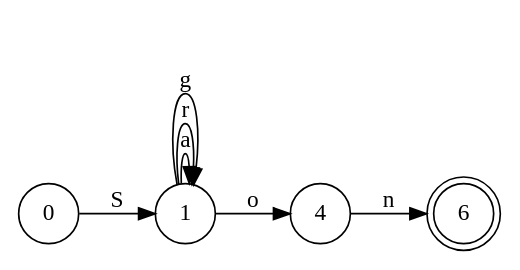
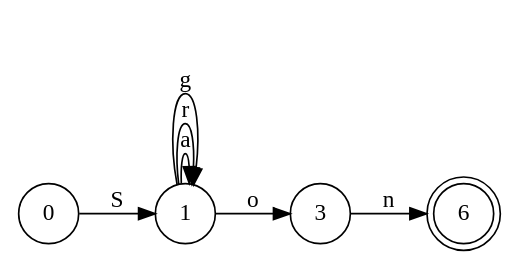
Before and after one commit to Yanis540/M2: the diagram in DAAR/Projects/egrep/results/dfa.dot, drawn with Graphviz. The commit also changed 6 other files, not shown here.

```diff
--- a/DAAR/Projects/egrep/results/dfa.dot
+++ b/DAAR/Projects/egrep/results/dfa.dot
@@ -1,11 +1,11 @@
 digraph DFA {
   rankdir=LR;
   node [shape = circle];
   1 -> 1 [label="a"];
   1 -> 1 [label="r"];
   1 -> 1 [label="g"];
-  1 -> 4 [label="o"];
+  1 -> 3 [label="o"];
+  0 -> 1 [label="S"];
   6 [shape = doublecircle];
-  4 -> 6 [label="n"];
-  0 -> 1 [label="S"];
+  3 -> 6 [label="n"];
 }
```
